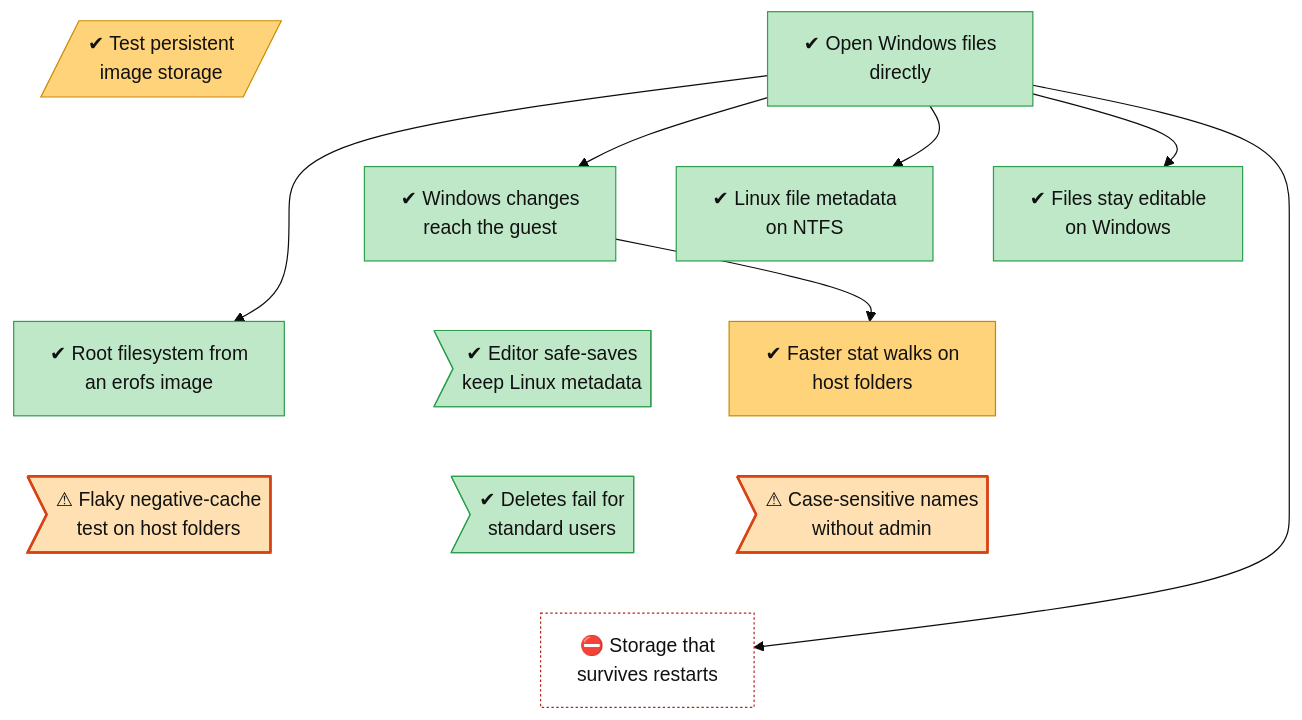
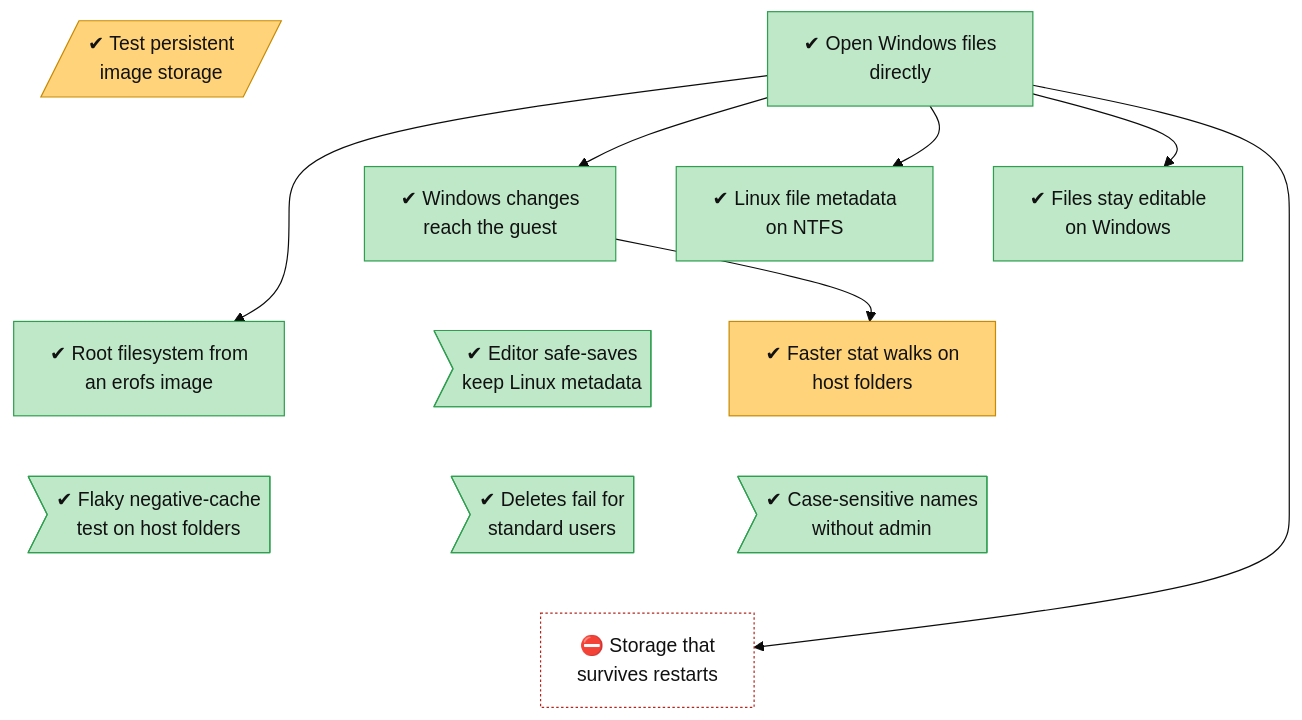
The diagram in docs/roadmap/tracks/fs.md (lhns/gvisor-windows), drawn with Mermaid (base theme) before and after one commit. The commit also changed other lines of this file and 7 other files, not shown here.

Commit message:
Record the syscall-test results, case sensitivity fix and new gaps

````diff
--- a/docs/roadmap/tracks/fs.md
+++ b/docs/roadmap/tracks/fs.md
@@ -10,51 +10,50 @@
 ```mermaid
 flowchart TB
     fs_persistent_image_storage[/"✔ Test persistent<br/>image storage"/]
     fs_windows_directfs["✔ Open Windows files<br/>directly"]
     fs_change_notifications["✔ Windows changes<br/>reach the guest"]
     fs_linux_metadata_on_ntfs["✔ Linux file metadata<br/>on NTFS"]
     fs_handles_do_not_block_users["✔ Files stay editable<br/>on Windows"]
     fs_root_filesystem_source["✔ Root filesystem from<br/>an erofs image"]
     fs_safe_save_keeps_metadata>"✔ Editor safe-saves<br/>keep Linux metadata"]
     fs_attribute_cache["✔ Faster stat walks on<br/>host folders"]
-    fs_flaky_negative_cache_test>"⚠ Flaky negative-cache<br/>test on host folders"]
+    fs_flaky_negative_cache_test>"✔ Flaky negative-cache<br/>test on host folders"]
     fs_standard_user_delete_rights>"✔ Deletes fail for<br/>standard users"]
-    fs_case_sensitivity_without_admin>"⚠ Case-sensitive names<br/>without admin"]
+    fs_case_sensitivity_without_admin>"✔ Case-sensitive names<br/>without admin"]
     fs_persistent_storage_impl["⛔ Storage that<br/>survives restarts"]
     fs_persistent_image_storage ~~~ fs_change_notifications
     fs_windows_directfs ~~~ fs_linux_metadata_on_ntfs
     fs_windows_directfs ~~~ fs_handles_do_not_block_users
     fs_change_notifications ~~~ fs_root_filesystem_source
     fs_linux_metadata_on_ntfs ~~~ fs_safe_save_keeps_metadata
     fs_handles_do_not_block_users ~~~ fs_attribute_cache
     fs_root_filesystem_source ~~~ fs_flaky_negative_cache_test
     fs_safe_save_keeps_metadata ~~~ fs_standard_user_delete_rights
     fs_attribute_cache ~~~ fs_case_sensitivity_without_admin
     fs_flaky_negative_cache_test ~~~ fs_persistent_storage_impl
     fs_standard_user_delete_rights ~~~ fs_persistent_storage_impl
     fs_case_sensitivity_without_admin ~~~ fs_persistent_storage_impl
     fs_windows_directfs --> fs_change_notifications
     fs_windows_directfs --> fs_linux_metadata_on_ntfs
     fs_windows_directfs --> fs_handles_do_not_block_users
     fs_windows_directfs --> fs_root_filesystem_source
     fs_change_notifications --> fs_attribute_cache
     fs_windows_directfs --> fs_persistent_storage_impl
     classDef vsucc fill:#2e9e4f,stroke:#1b6b34,color:#fff
     classDef succ fill:#bfe8c8,stroke:#2e9e4f,color:#111
     classDef mixed fill:#ffd37a,stroke:#c98a00,color:#111
     classDef bad fill:#f28b82,stroke:#b3261e,color:#111
     classDef dead fill:#e6e6e6,stroke:#777,stroke-dasharray:5 5,color:#555
     classDef inprog fill:#a8cdf5,stroke:#1f6fc5,color:#111
     classDef next fill:#fff,stroke:#333,color:#111
     classDef blocked fill:#fff,stroke:#b3261e,stroke-dasharray:2 2,color:#111
     classDef parked fill:#f3f3f3,stroke:#999,color:#555
     classDef unrated fill:#fff,stroke:#333,stroke-dasharray:1 3,color:#111
     classDef gate fill:#d9c2f0,stroke:#7b3fb5,color:#111
     classDef decided fill:#ece0f7,stroke:#7b3fb5,stroke-dasharray:2 2,color:#111
     classDef finding fill:#ffe0b2,stroke:#d84315,stroke-width:2px,color:#111
     classDef waiting fill:#e3f2fd,stroke:#1f6fc5,stroke-dasharray:5 5,color:#111
     class fs_persistent_image_storage,fs_attribute_cache mixed
-    class fs_windows_directfs,fs_change_notifications,fs_linux_metadata_on_ntfs,fs_handles_do_not_block_users,fs_root_filesystem_source,fs_safe_save_keeps_metadata,fs_standard_user_delete_rights succ
-    class fs_flaky_negative_cache_test,fs_case_sensitivity_without_admin finding
+    class fs_windows_directfs,fs_change_notifications,fs_linux_metadata_on_ntfs,fs_handles_do_not_block_users,fs_root_filesystem_source,fs_safe_save_keeps_metadata,fs_flaky_negative_cache_test,fs_standard_user_delete_rights,fs_case_sensitivity_without_admin succ
     class fs_persistent_storage_impl blocked
 ```
````
